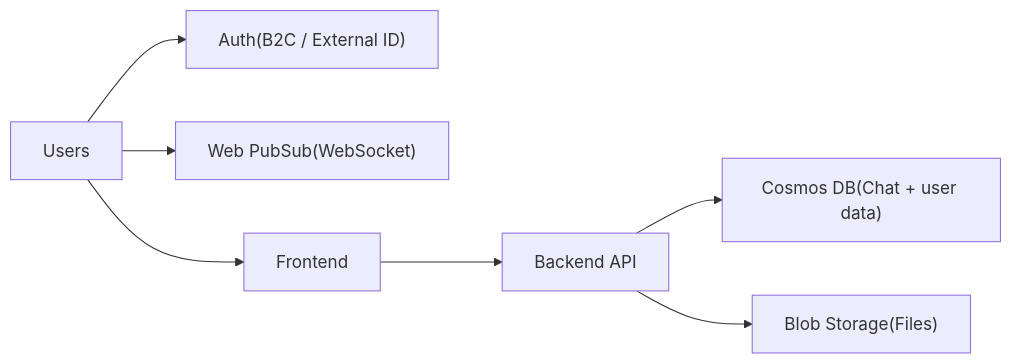
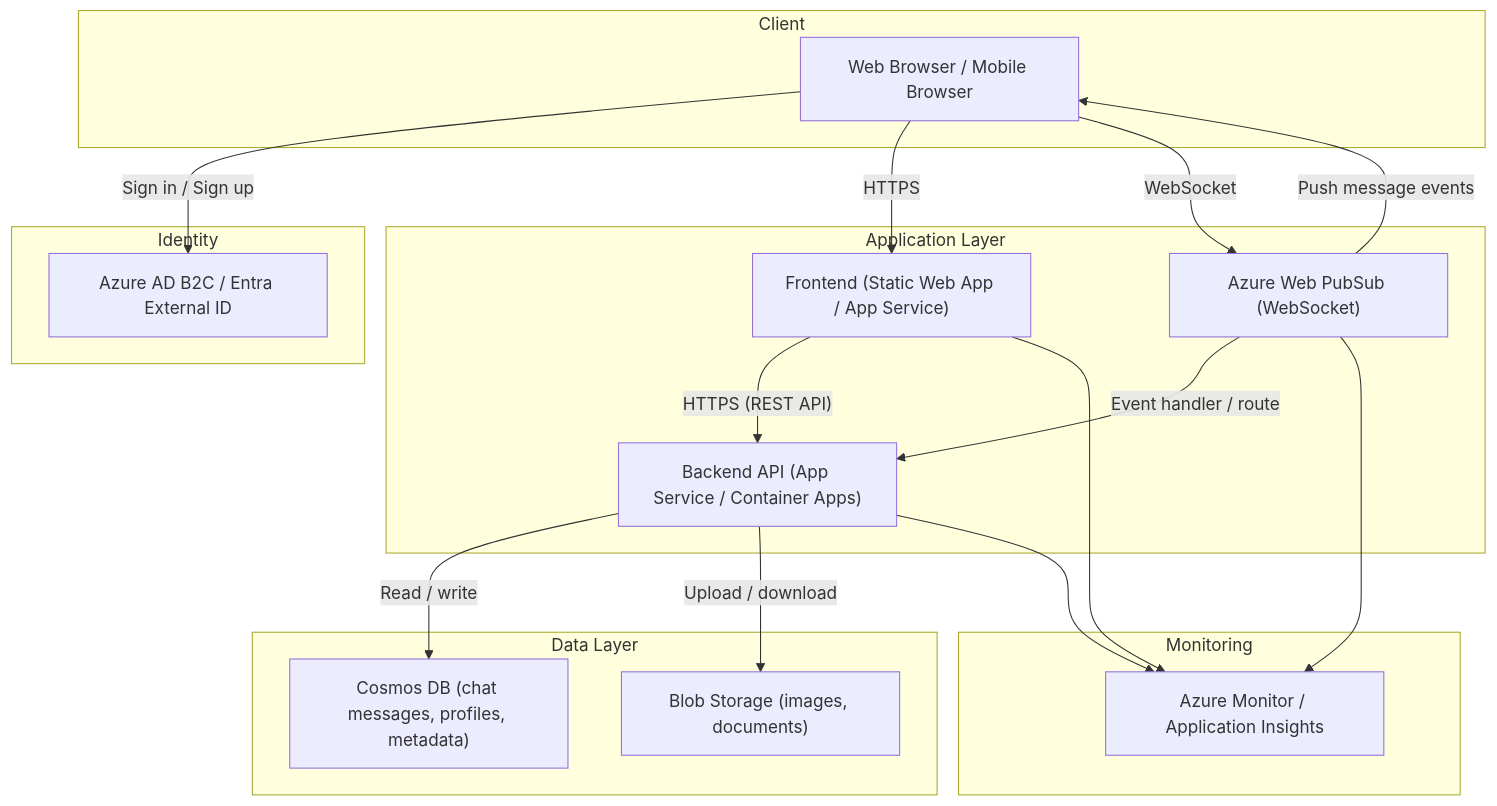
Before and after one commit to XinyiZhao-cloud/CST8912_Group_Project: the diagram in Overview.md, drawn with Mermaid.

````diff
--- a/Overview.md
+++ b/Overview.md
@@ -5,9 +5,45 @@
 ```mermaid
-flowchart LR
-  U["Users"] --> ID["Auth(B2C / External ID)"]
-  U --> WPS["Web PubSub(WebSocket)"]
-  U --> FE["Frontend"]
-  FE --> API["Backend API"]
-  API --> DB["Cosmos DB(Chat + user data)"]
-  API --> BL["Blob Storage(Files)"]
+flowchart TB
+  %% ========== Client Layer ==========
+  subgraph Client["Client"]
+    U["Web Browser / Mobile Browser"]
+  end
+
+  %% ========== Identity ==========
+  subgraph Identity["Identity"]
+    ID["Azure AD B2C / Entra External ID"]
+  end
+
+  %% ========== App Layer ==========
+  subgraph App["Application Layer"]
+    FE["Frontend (Static Web App / App Service)"]
+    API["Backend API (App Service / Container Apps)"]
+    WPS["Azure Web PubSub (WebSocket)"]
+  end
+
+  %% ========== Data Layer ==========
+  subgraph Data["Data Layer"]
+    DB["Cosmos DB (chat messages, profiles, metadata)"]
+    BL["Blob Storage (images, documents)"]
+  end
+
+  %% ========== Observability ==========
+  subgraph Obs["Monitoring"]
+    MON["Azure Monitor / Application Insights"]
+  end
+
+  %% Flows
+  U -->|"Sign in / Sign up"| ID
+  U -->|"HTTPS"| FE
+  FE -->|"HTTPS (REST API)"| API
+  U -->|"WebSocket"| WPS
+  WPS -->|"Push message events"| U
+  WPS -->|"Event handler / route"| API
+
+  API -->|"Read / write"| DB
+  API -->|"Upload / download"| BL
+
+  FE --> MON
+  API --> MON
+  WPS --> MON
 ```
````
